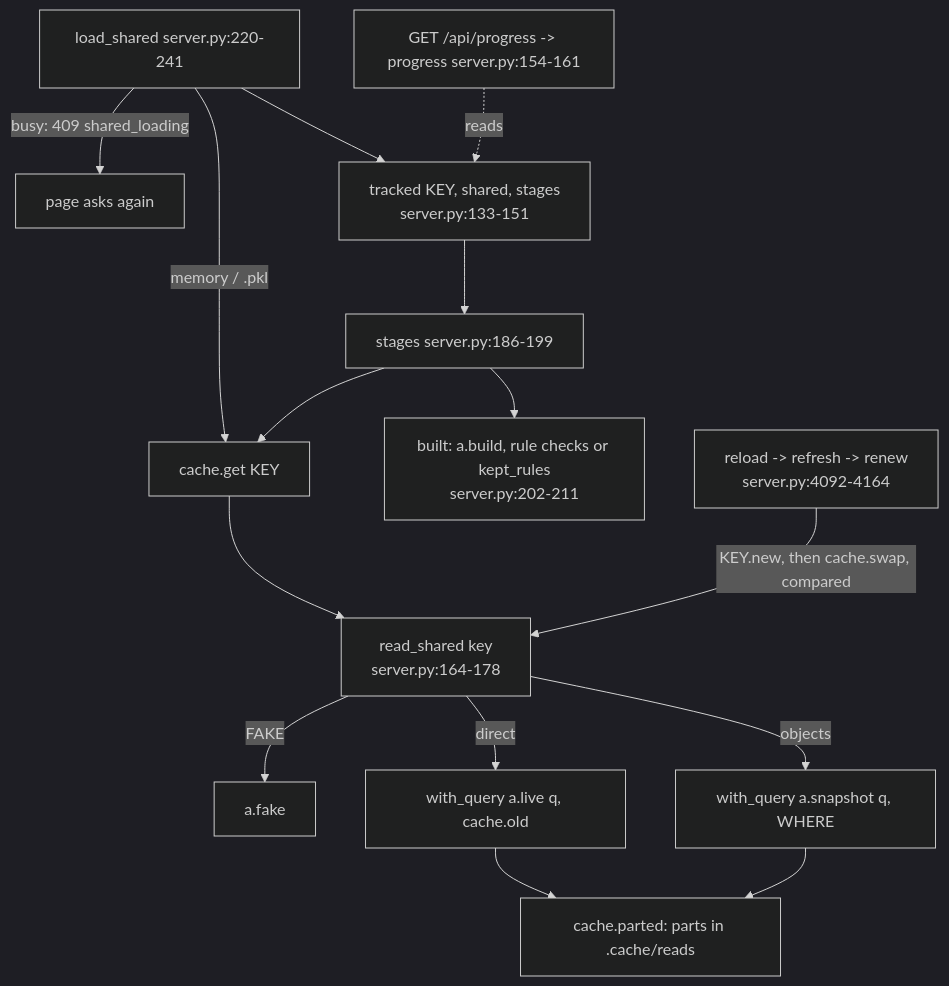
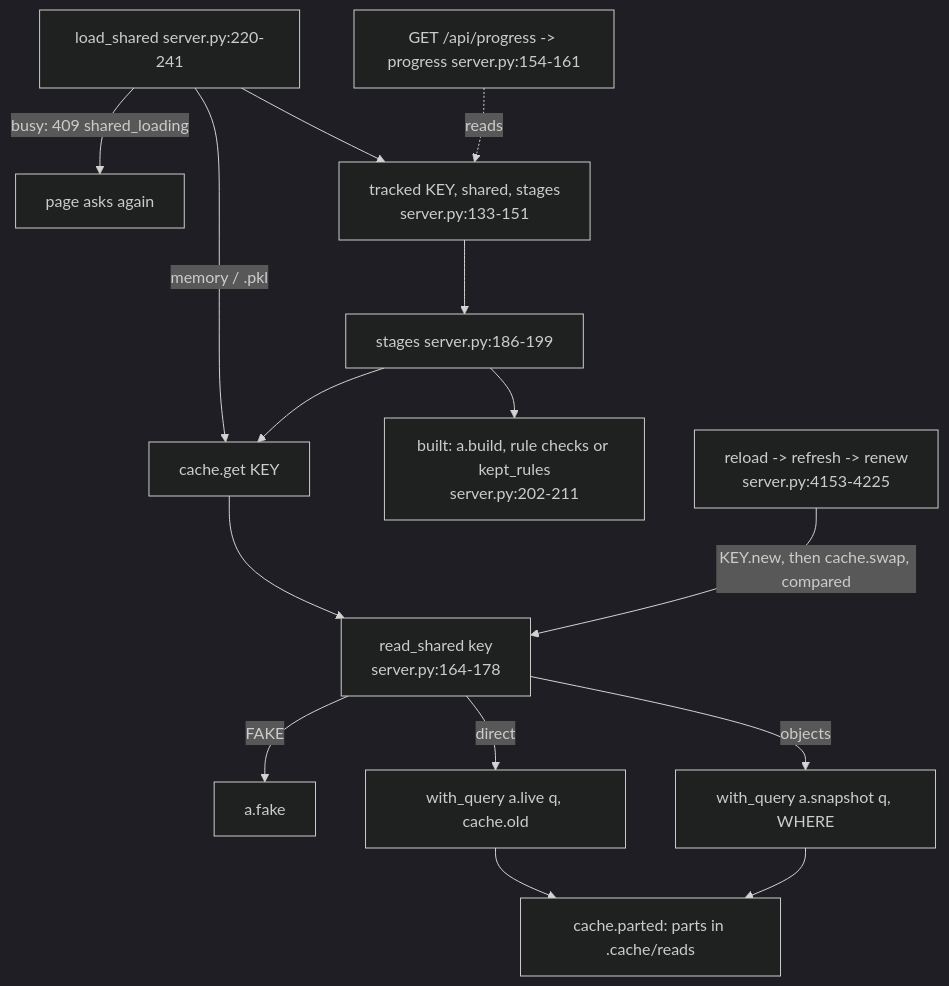
The second of 2 diagrams in snowflake-access-explorer-knowledge-graph/modules/server.md (darshanmeel/snowflake-access-explorer), drawn with Mermaid (dark theme) before and after one commit. The commit also changed other lines of this file and 90 other files, not shown here.

Commit message:
Knowledge graph: up to date with the left-nav sections, Can they?, Compare, What if and risk tables

````diff
--- a/snowflake-access-explorer-knowledge-graph/modules/server.md
+++ b/snowflake-access-explorer-knowledge-graph/modules/server.md
@@ -159,16 +159,16 @@
 ```mermaid
 flowchart TD
   LSH[load_shared server.py:220-241] -->|memory / .pkl| CG[cache.get KEY]
   LSH -->|busy: 409 shared_loading| W[page asks again]
   LSH --> TR[tracked KEY, shared, stages<br/>server.py:133-151]
   TR --> STG[stages server.py:186-199]
   STG --> CG
   CG --> RS[read_shared key<br/>server.py:164-178]
   RS -->|FAKE| FK[a.fake]
   RS -->|direct| LV[with_query a.live q, cache.old]
   RS -->|objects| SN[with_query a.snapshot q, WHERE]
   LV & SN --> PQ[cache.parted: parts in .cache/reads]
   STG --> BT[built: a.build, rule checks or kept_rules<br/>server.py:202-211]
-  RL[reload -> refresh -> renew<br/>server.py:4092-4164] -->|KEY.new, then cache.swap, compared| RS
+  RL[reload -> refresh -> renew<br/>server.py:4153-4225] -->|KEY.new, then cache.swap, compared| RS
   PG[GET /api/progress -> progress server.py:154-161] -.reads.-> TR
 ```
````
